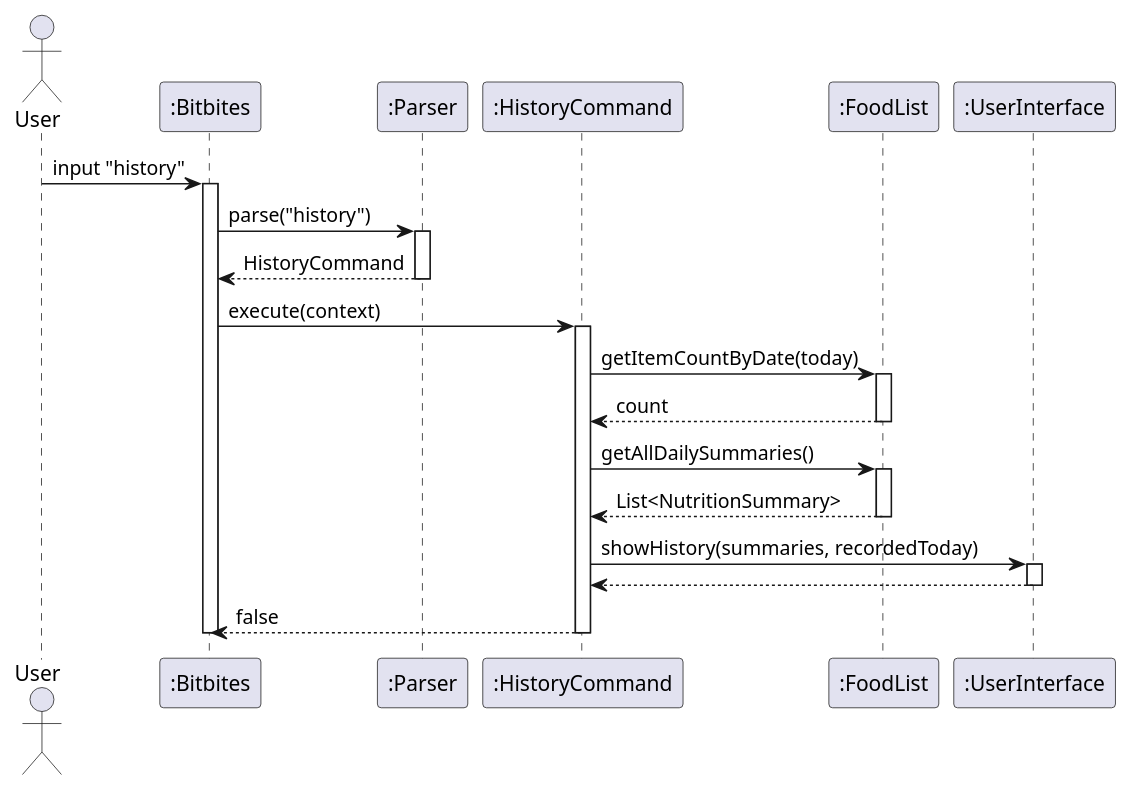
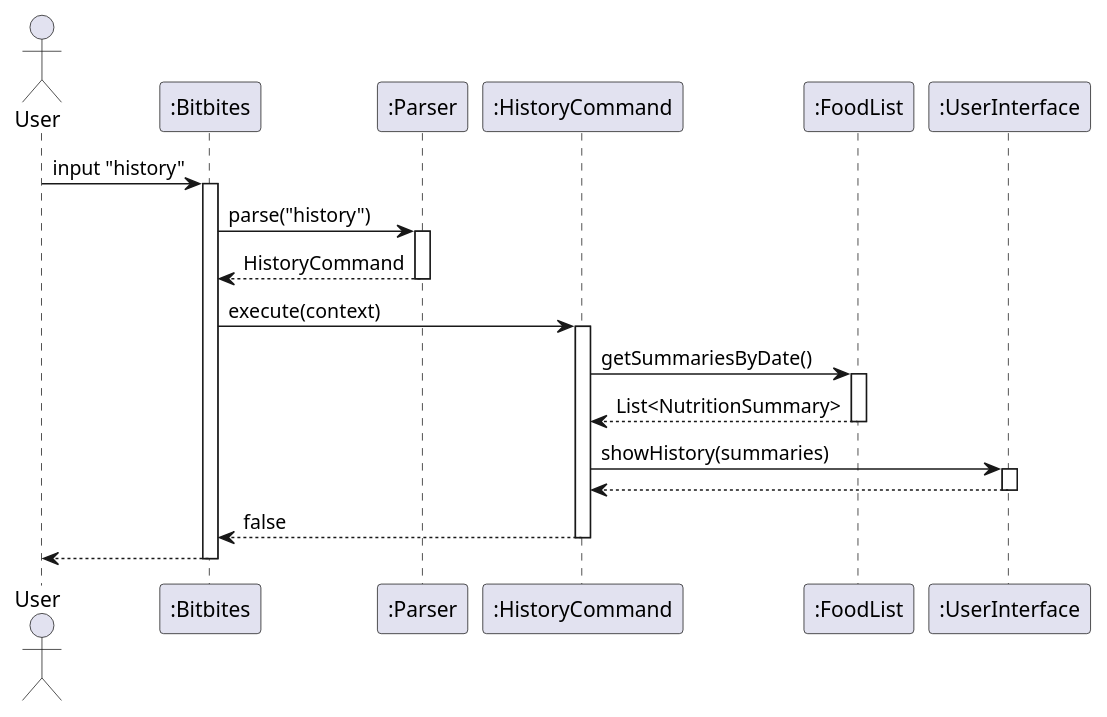
The diagram in docs/uml/history.puml (bryanyeo3125/tp), drawn with PlantUML before and after one commit. The commit also changed 31 other files, not shown here.

```diff
--- a/docs/uml/history.puml
+++ b/docs/uml/history.puml
@@ -1,38 +1,35 @@
 @startuml
 actor User
 participant ":Bitbites" as Bitbites
 participant ":Parser" as Parser
-participant ":HistoryCommand" as Cmd
+participant ":HistoryCommand" as HistoryCommand
 participant ":FoodList" as FoodList
 participant ":UserInterface" as UI
 
 User -> Bitbites : input "history"
 activate Bitbites
 
 Bitbites -> Parser : parse("history")
 activate Parser
 Parser --> Bitbites : HistoryCommand
 deactivate Parser
 
-Bitbites -> Cmd : execute(context)
-activate Cmd
+Bitbites -> HistoryCommand : execute(context)
+activate HistoryCommand
 
-Cmd -> FoodList : getItemCountByDate(today)
+HistoryCommand -> FoodList : getSummariesByDate()
 activate FoodList
-FoodList --> Cmd : count
+FoodList --> HistoryCommand : List<NutritionSummary>
 deactivate FoodList
 
-Cmd -> FoodList : getAllDailySummaries()
-activate FoodList
-FoodList --> Cmd : List<NutritionSummary>
-deactivate FoodList
-
-Cmd -> UI : showHistory(summaries, recordedToday)
+HistoryCommand -> UI : showHistory(summaries)
 activate UI
-UI --> Cmd
+UI --> HistoryCommand
 deactivate UI
 
-Cmd --> Bitbites : false
-deactivate Cmd
+HistoryCommand --> Bitbites : false
+deactivate HistoryCommand
+
+Bitbites --> User
 deactivate Bitbites
 @enduml
```
